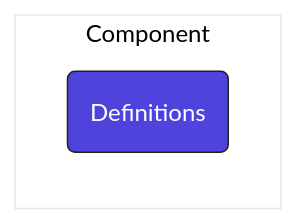
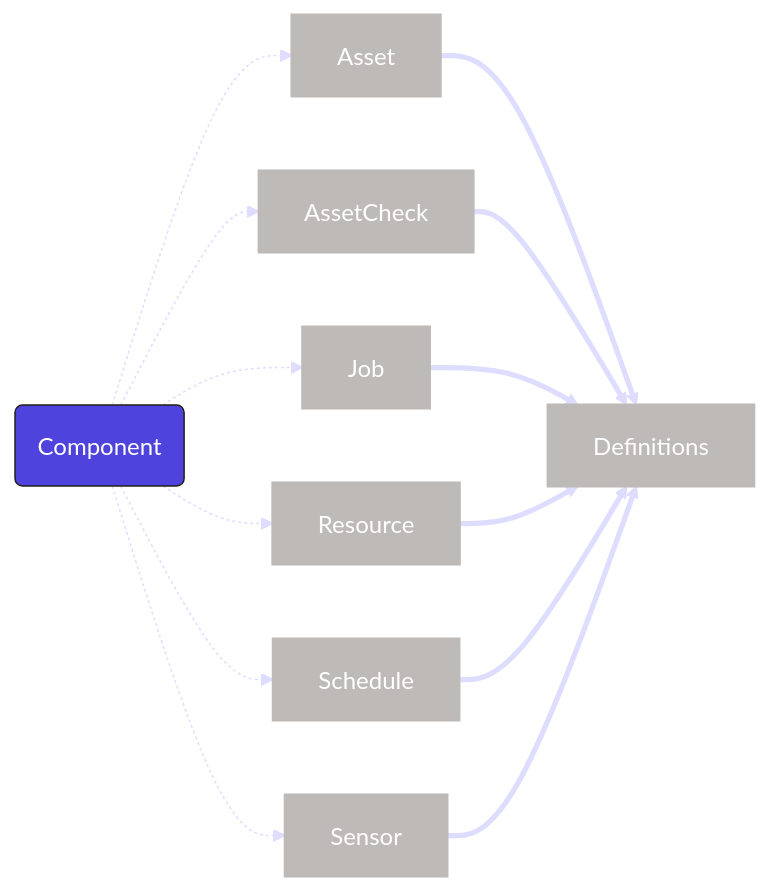
One commit to dagster-io/dagster changed the sixth of 17 diagrams in docs/docs/getting-started/concepts.md. Above: the diagram before and after it, drawn with Mermaid. The commit also changed other lines of this file, not shown here.

Commit message:
fix diagrams

````diff
--- a/docs/docs/getting-started/concepts.md
+++ b/docs/docs/getting-started/concepts.md
@@ -261,19 +271,39 @@
 ```mermaid
 %%{
   init: {
     'theme': 'base',
     'themeVariables': {
       'primaryColor': '#4F43DD',
       'primaryTextColor': '#FFFFFF',
       'primaryBorderColor': '#231F1B',
       'lineColor': '#DEDDFF',
       'secondaryColor': '#BDBAB7',
       'tertiaryColor': '#FFFFFF'
     }
   }
 }%%
   graph LR
-    subgraph Component
-    Definitions(Definitions)
-    end
-``` 
+    style Asset fill:#BDBAB7,stroke:#BDBAB7,stroke-width:2px
+    style AssetCheck fill:#BDBAB7,stroke:#BDBAB7,stroke-width:2px
+    style Job fill:#BDBAB7,stroke:#BDBAB7,stroke-width:2px
+    style Resource fill:#BDBAB7,stroke:#BDBAB7,stroke-width:2px
+    style Schedule fill:#BDBAB7,stroke:#BDBAB7,stroke-width:2px
+    style Sensor fill:#BDBAB7,stroke:#BDBAB7,stroke-width:2px
+    style Definitions fill:#BDBAB7,stroke:#BDBAB7,stroke-width:2px
+
+    Component(Component)
+
+    Component -.-> Asset
+    Component -.-> AssetCheck
+    Component -.-> Job
+    Component -.-> Resource
+    Component -.-> Schedule
+    Component -.-> Sensor
+
+    Asset ==> Definitions
+    AssetCheck ==> Definitions
+    Job ==> Definitions
+    Resource ==> Definitions
+    Schedule ==> Definitions
+    Sensor ==> Definitions
+```
````
